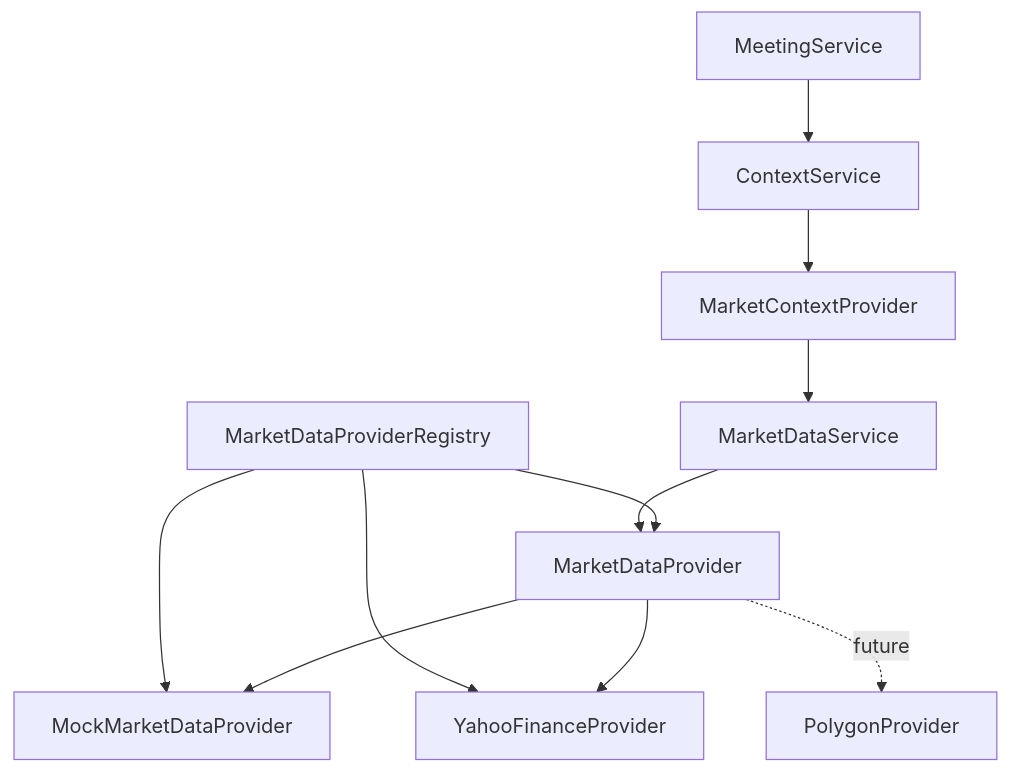
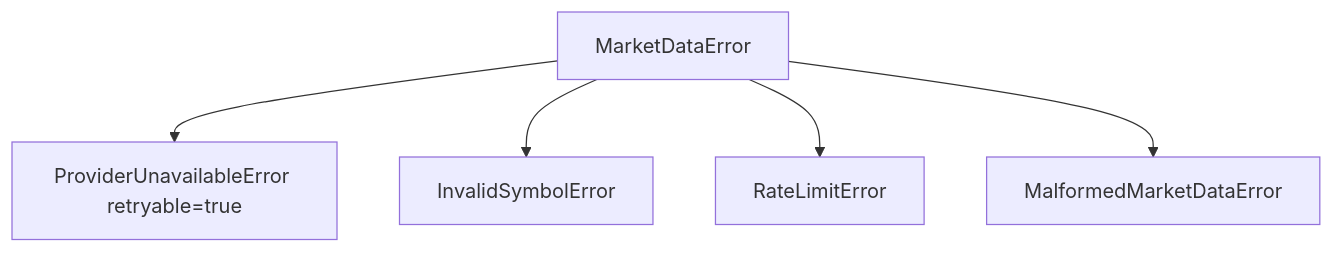
Before and after one commit to zhyj0121pp/ParakeetNest: the second of 2 diagrams in docs/architecture/market-data-layer.md, drawn with Mermaid. The commit also changed other lines of this file and 4 other files, not shown here.

Commit message:
docs(market-data): finalize Yahoo provider architecture

````diff
--- a/docs/architecture/market-data-layer.md
+++ b/docs/architecture/market-data-layer.md
@@ -193,13 +112,8 @@
 ```mermaid
 flowchart TD
-    A[MeetingService] --> B[ContextService]
-    B --> C[MarketContextProvider]
-    C --> D[MarketDataService]
-    D --> E[MarketDataProvider]
-    I[MarketDataProviderRegistry] --> E
-    I --> F[MockMarketDataProvider]
-    I --> G[YahooFinanceProvider]
-    E --> F
-    E --> G
-    E -. future .-> H[PolygonProvider]
+    BASE[MarketDataError]
+    BASE --> UNAVAILABLE[ProviderUnavailableError retryable=true]
+    BASE --> INVALID[InvalidSymbolError]
+    BASE --> RATE[RateLimitError]
+    BASE --> MALFORMED[MalformedMarketDataError]
 ```
````
